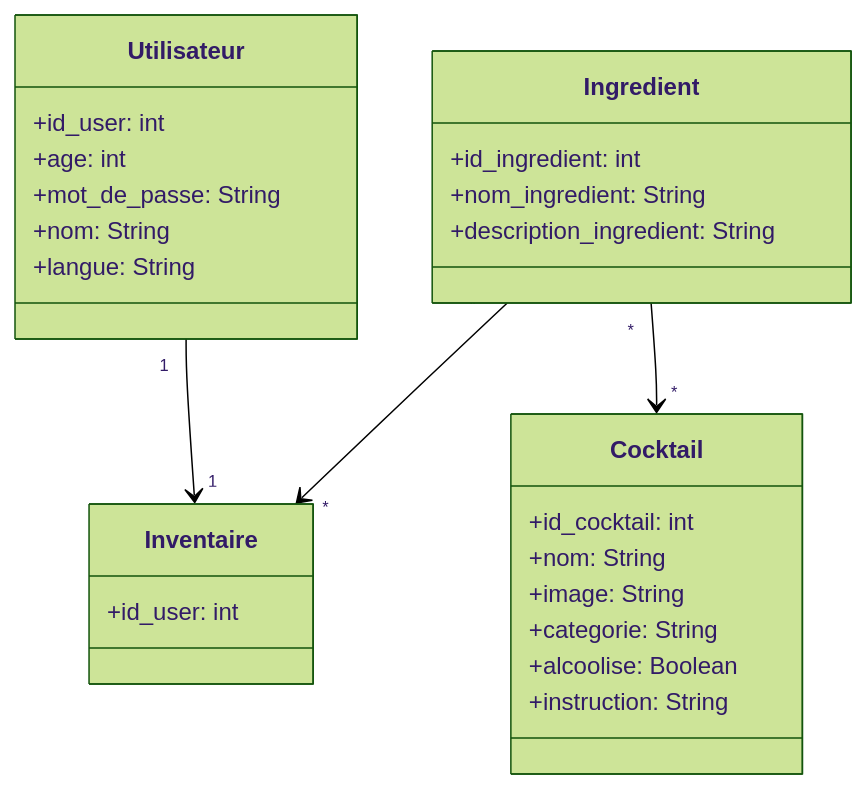
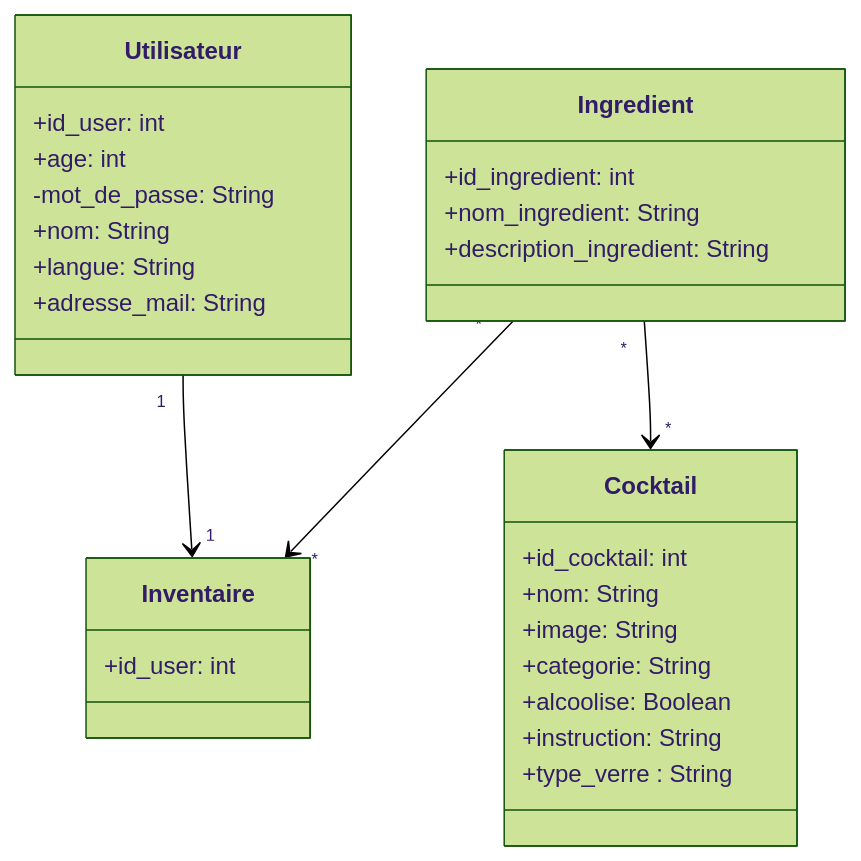
One commit to morgannder/ENSAI-2A-projet-info changed the diagram in doc/diag_classes_object.md. Above: the diagram before and after it, drawn with Mermaid (forest theme). The commit also changed 1 other file, not shown here.

Commit message:
Mise à jour des diagrammes de classes avec les fonctionnalitées optionnelles

````diff
--- a/doc/diag_classes_object.md
+++ b/doc/diag_classes_object.md
@@ -22,43 +22,45 @@
 ```mermaid   
     
 classDiagram
     class Utilisateur {
         +id_user: int
         +age: int
-        +mot_de_passe: String
+        -mot_de_passe: String
         +nom: String
         +langue: String
+        +adresse_mail: String
     }
 
 
     class Inventaire {
         +id_user: int
     }
 
     class Ingredient {
         +id_ingredient: int
         +nom_ingredient: String
         +description_ingredient: String
 
     }
 
 
 
     class Cocktail {
         +id_cocktail: int
         +nom: String
         +image: String
         +categorie: String
         +alcoolise: Boolean
         +instruction: String
+        +type_verre : String
     }
 
 
     %% Relations
 
     Ingredient "*" --> "*" Cocktail
     Utilisateur "1" --> "1" Inventaire
     Ingredient "*" --> "*" Inventaire
 
 
 ```
````
